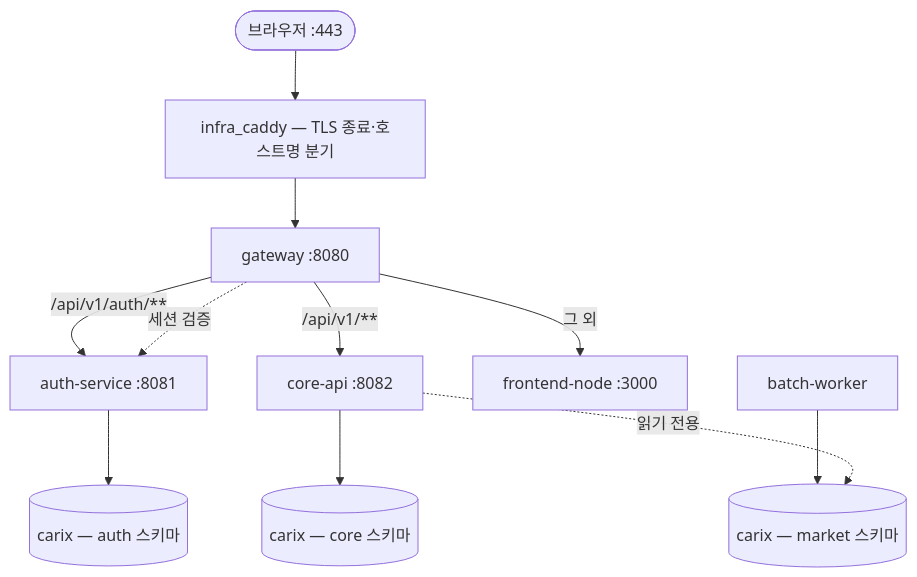
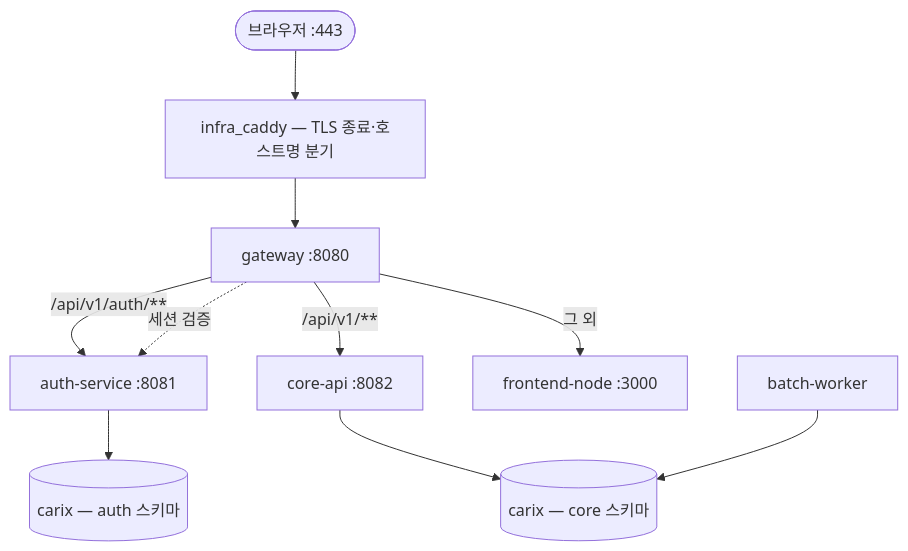
Before and after one commit to SeoHyeokGyu/Carix: the diagram in docs/specs/spring-cloud-architecture.md, drawn with Mermaid. The commit also changed other lines of this file and 8 other files, not shown here.

````diff
--- a/docs/specs/spring-cloud-architecture.md
+++ b/docs/specs/spring-cloud-architecture.md
@@ -71,13 +81,12 @@
 ```mermaid
 flowchart TD
     Browser([브라우저 :443]) --> Router["infra_caddy — TLS 종료·호스트명 분기"]
     Router --> GW["gateway :8080"]
     GW -->|"/api/v1/auth/**"| Auth["auth-service :8081"]
     GW -->|"/api/v1/**"| Core["core-api :8082"]
     GW -->|"그 외"| Web["frontend-node :3000"]
     GW -.->|"세션 검증"| Auth
-    Auth --> DB[("carix — auth 스키마")]
-    Core --> DB2[("carix — core 스키마")]
-    Batch["batch-worker"] --> DB3[("carix — market 스키마")]
-    Core -.->|"읽기 전용"| DB3
+    Auth --> DBA[("carix — auth 스키마")]
+    Core --> DBC[("carix — core 스키마")]
+    Batch["batch-worker"] --> DBC
 ```
````
